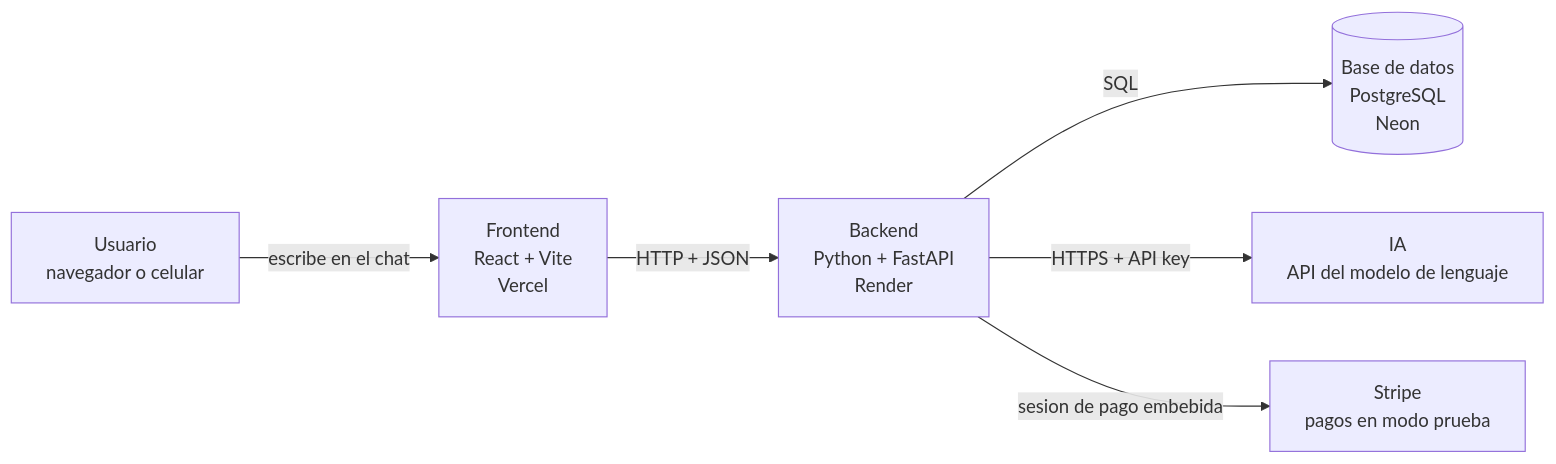
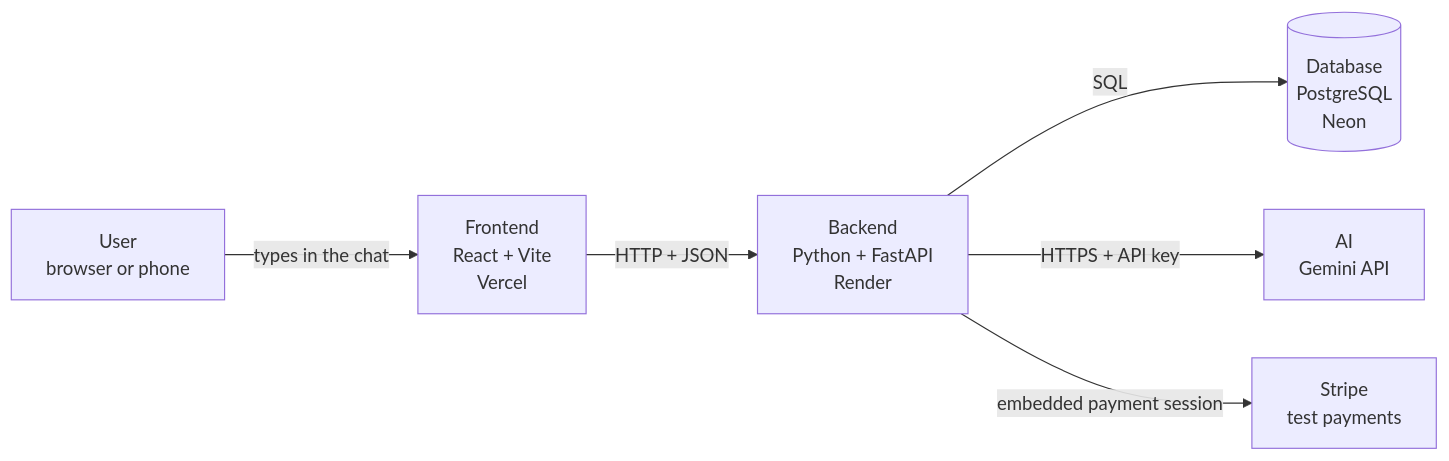
The third of 4 diagrams in README.md (terminapp-pasto/terminapp-backend), drawn with Mermaid before and after one commit. The commit also changed other lines of this file and 24 other files, not shown here.

Commit message:
Translate the remaining comments, API docs, SQL scripts and README to English

````diff
--- a/README.md
+++ b/README.md
@@ -234,15 +237,15 @@
 ```mermaid
 flowchart LR
-    U["Usuario<br/>navegador o celular"]
+    U["User<br/>browser or phone"]
     F["Frontend<br/>React + Vite<br/>Vercel"]
     B["Backend<br/>Python + FastAPI<br/>Render"]
-    BD[("Base de datos<br/>PostgreSQL<br/>Neon")]
-    IA["IA<br/>API del modelo de lenguaje"]
-    S["Stripe<br/>pagos en modo prueba"]
+    DB[("Database<br/>PostgreSQL<br/>Neon")]
+    AI["AI<br/>Gemini API"]
+    S["Stripe<br/>test payments"]
 
-    U -->|escribe en el chat| F
+    U -->|types in the chat| F
     F -->|HTTP + JSON| B
-    B -->|SQL| BD
-    B -->|HTTPS + API key| IA
-    B -->|sesion de pago embebida| S
+    B -->|SQL| DB
+    B -->|HTTPS + API key| AI
+    B -->|embedded payment session| S
 ```
````
